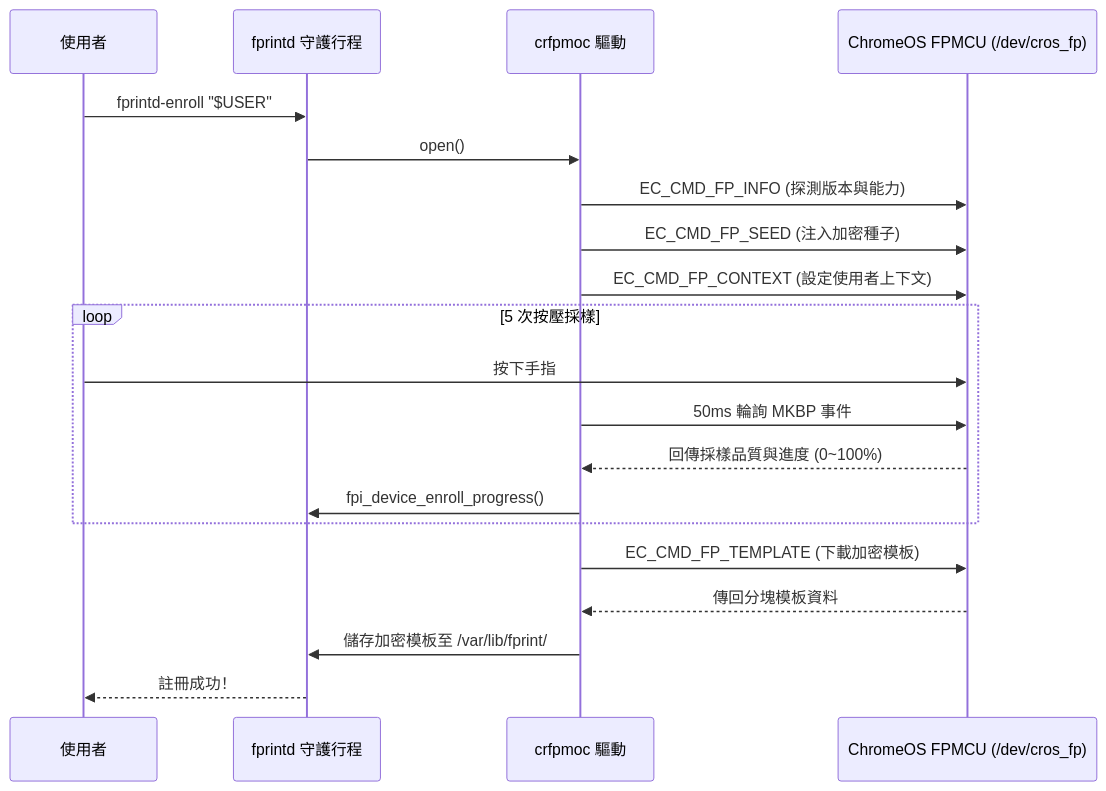
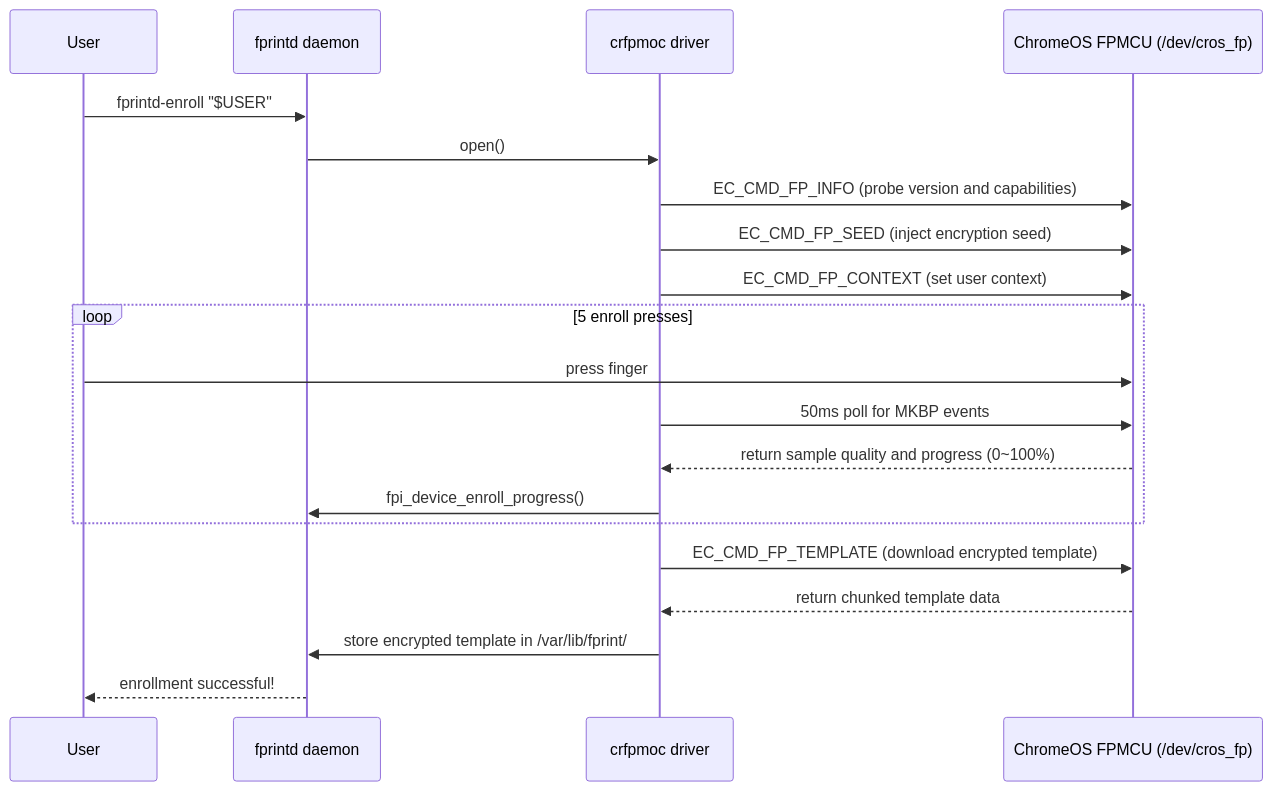
The diagram in docs/deep-dive/cros-fp-moc-driver.md (samson1357924/hp-pro-c640-chromebook-linux), drawn with Mermaid before and after one commit. The commit also changed other lines of this file and 22 other files, not shown here.

````diff
--- a/docs/deep-dive/cros-fp-moc-driver.md
+++ b/docs/deep-dive/cros-fp-moc-driver.md
@@ -54,25 +74,25 @@
 ```mermaid
 sequenceDiagram
-    participant User as 使用者
-    participant fprintd as fprintd 守護行程
-    participant crfpmoc as crfpmoc 驅動
+    participant User as User
+    participant fprintd as fprintd daemon
+    participant crfpmoc as crfpmoc driver
     participant FPMCU as ChromeOS FPMCU (/dev/cros_fp)
 
     User->>fprintd: fprintd-enroll "$USER"
     fprintd->>crfpmoc: open()
-    crfpmoc->>FPMCU: EC_CMD_FP_INFO (探測版本與能力)
-    crfpmoc->>FPMCU: EC_CMD_FP_SEED (注入加密種子)
-    crfpmoc->>FPMCU: EC_CMD_FP_CONTEXT (設定使用者上下文)
+    crfpmoc->>FPMCU: EC_CMD_FP_INFO (probe version and capabilities)
+    crfpmoc->>FPMCU: EC_CMD_FP_SEED (inject encryption seed)
+    crfpmoc->>FPMCU: EC_CMD_FP_CONTEXT (set user context)
     
-    loop 5 次按壓採樣
-        User->>FPMCU: 按下手指
-        crfpmoc->>FPMCU: 50ms 輪詢 MKBP 事件
-        FPMCU-->>crfpmoc: 回傳採樣品質與進度 (0~100%)
+    loop 5 enroll presses
+        User->>FPMCU: press finger
+        crfpmoc->>FPMCU: 50ms poll for MKBP events
+        FPMCU-->>crfpmoc: return sample quality and progress (0~100%)
         crfpmoc->>fprintd: fpi_device_enroll_progress()
     end
 
-    crfpmoc->>FPMCU: EC_CMD_FP_TEMPLATE (下載加密模板)
-    FPMCU-->>crfpmoc: 傳回分塊模板資料
-    crfpmoc->>fprintd: 儲存加密模板至 /var/lib/fprint/
-    fprintd-->>User: 註冊成功！
+    crfpmoc->>FPMCU: EC_CMD_FP_TEMPLATE (download encrypted template)
+    FPMCU-->>crfpmoc: return chunked template data
+    crfpmoc->>fprintd: store encrypted template in /var/lib/fprint/
+    fprintd-->>User: enrollment successful!
 ```
````
